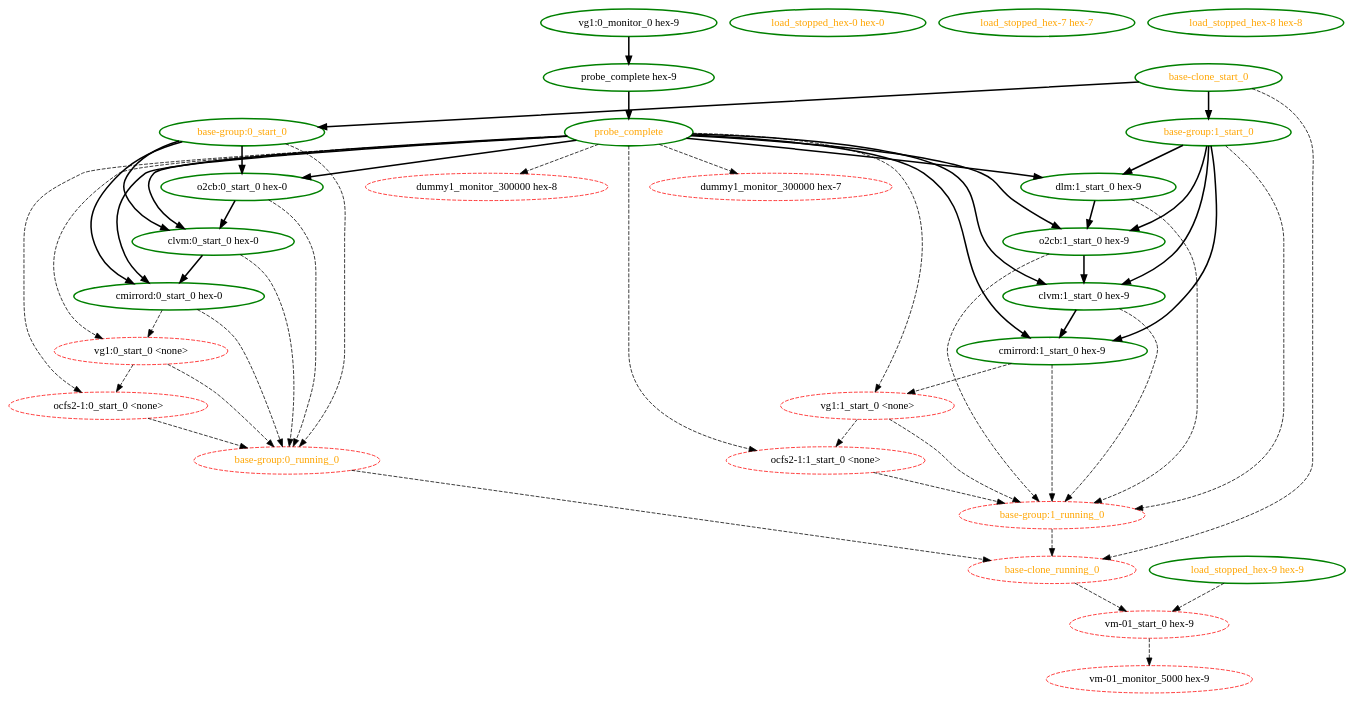
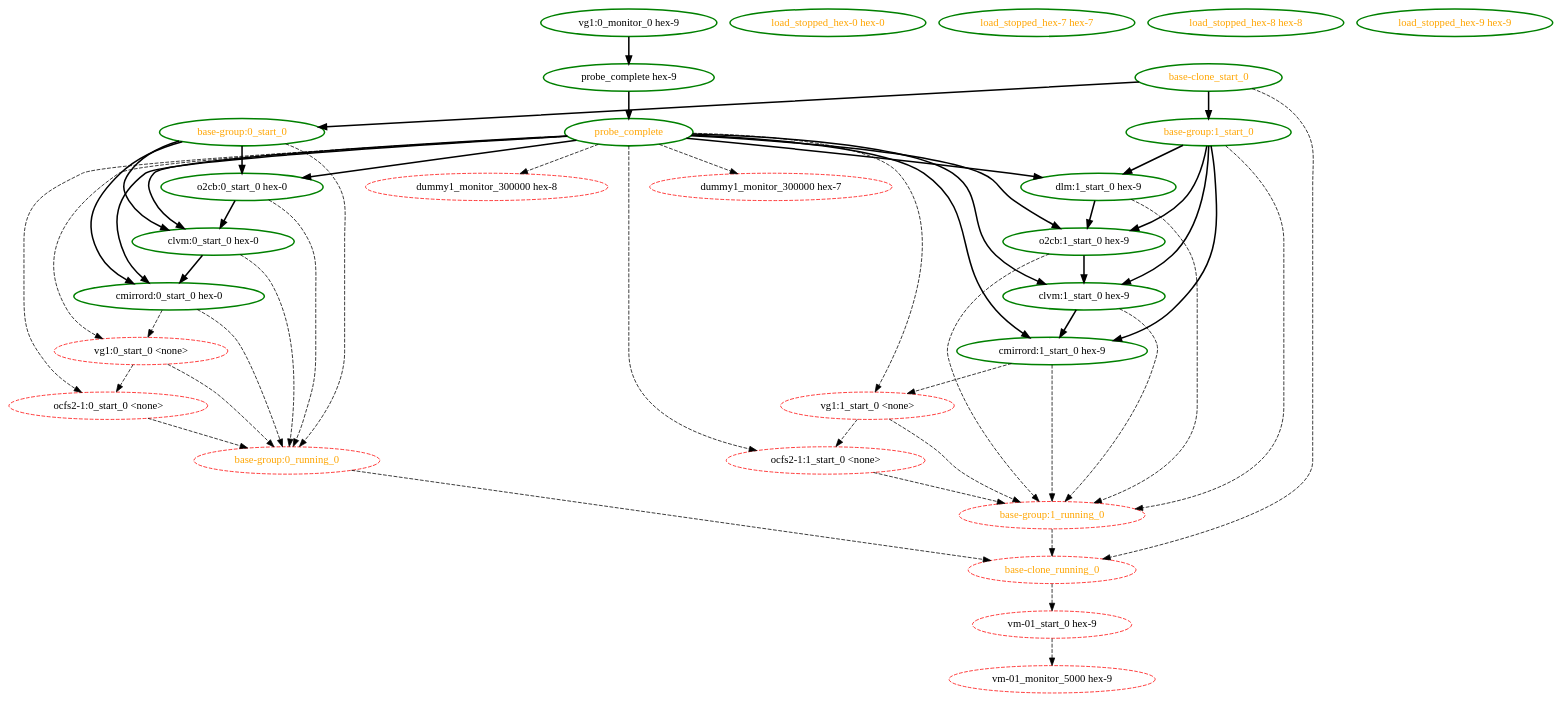
Before and after one commit to ClusterLabs/pacemaker: the diagram in pengine/test10/bug-suse-707150.dot, drawn with Graphviz. The commit also changed 5 other files, not shown here.

Commit message:
Low: PE: Implement LOAD_STOPPED filtering in a manner more consistent with the overall design

```diff
--- a/pengine/test10/bug-suse-707150.dot
+++ b/pengine/test10/bug-suse-707150.dot
@@ -1,82 +1,81 @@
 digraph "g" {
 "base-clone_running_0" -> "vm-01_start_0 hex-9" [ style = dashed]
 "base-clone_running_0" [ style=dashed color="red" fontcolor="orange"]
 "base-clone_start_0" -> "base-clone_running_0" [ style = dashed]
 "base-clone_start_0" -> "base-group:0_start_0" [ style = bold]
 "base-clone_start_0" -> "base-group:1_start_0" [ style = bold]
 "base-clone_start_0" [ style=bold color="green" fontcolor="orange"]
 "base-group:0_running_0" -> "base-clone_running_0" [ style = dashed]
 "base-group:0_running_0" [ style=dashed color="red" fontcolor="orange"]
 "base-group:0_start_0" -> "base-group:0_running_0" [ style = dashed]
 "base-group:0_start_0" -> "clvm:0_start_0 hex-0" [ style = bold]
 "base-group:0_start_0" -> "cmirrord:0_start_0 hex-0" [ style = bold]
 "base-group:0_start_0" -> "o2cb:0_start_0 hex-0" [ style = bold]
 "base-group:0_start_0" [ style=bold color="green" fontcolor="orange"]
 "base-group:1_running_0" -> "base-clone_running_0" [ style = dashed]
 "base-group:1_running_0" [ style=dashed color="red" fontcolor="orange"]
 "base-group:1_start_0" -> "base-group:1_running_0" [ style = dashed]
 "base-group:1_start_0" -> "clvm:1_start_0 hex-9" [ style = bold]
 "base-group:1_start_0" -> "cmirrord:1_start_0 hex-9" [ style = bold]
 "base-group:1_start_0" -> "dlm:1_start_0 hex-9" [ style = bold]
 "base-group:1_start_0" -> "o2cb:1_start_0 hex-9" [ style = bold]
 "base-group:1_start_0" [ style=bold color="green" fontcolor="orange"]
 "clvm:0_start_0 hex-0" -> "base-group:0_running_0" [ style = dashed]
 "clvm:0_start_0 hex-0" -> "cmirrord:0_start_0 hex-0" [ style = bold]
 "clvm:0_start_0 hex-0" [ style=bold color="green" fontcolor="black"]
 "clvm:1_start_0 hex-9" -> "base-group:1_running_0" [ style = dashed]
 "clvm:1_start_0 hex-9" -> "cmirrord:1_start_0 hex-9" [ style = bold]
 "clvm:1_start_0 hex-9" [ style=bold color="green" fontcolor="black"]
 "cmirrord:0_start_0 hex-0" -> "base-group:0_running_0" [ style = dashed]
 "cmirrord:0_start_0 hex-0" -> "vg1:0_start_0 <none>" [ style = dashed]
 "cmirrord:0_start_0 hex-0" [ style=bold color="green" fontcolor="black"]
 "cmirrord:1_start_0 hex-9" -> "base-group:1_running_0" [ style = dashed]
 "cmirrord:1_start_0 hex-9" -> "vg1:1_start_0 <none>" [ style = dashed]
 "cmirrord:1_start_0 hex-9" [ style=bold color="green" fontcolor="black"]
 "dlm:1_start_0 hex-9" -> "base-group:1_running_0" [ style = dashed]
 "dlm:1_start_0 hex-9" -> "o2cb:1_start_0 hex-9" [ style = bold]
 "dlm:1_start_0 hex-9" [ style=bold color="green" fontcolor="black"]
 "dummy1_monitor_300000 hex-7" [ style=dashed color="red" fontcolor="black"]
 "dummy1_monitor_300000 hex-8" [ style=dashed color="red" fontcolor="black"]
 "load_stopped_hex-0 hex-0" [ style=bold color="green" fontcolor="orange"]
 "load_stopped_hex-7 hex-7" [ style=bold color="green" fontcolor="orange"]
 "load_stopped_hex-8 hex-8" [ style=bold color="green" fontcolor="orange"]
-"load_stopped_hex-9 hex-9" -> "vm-01_start_0 hex-9" [ style = dashed]
 "load_stopped_hex-9 hex-9" [ style=bold color="green" fontcolor="orange"]
 "o2cb:0_start_0 hex-0" -> "base-group:0_running_0" [ style = dashed]
 "o2cb:0_start_0 hex-0" -> "clvm:0_start_0 hex-0" [ style = bold]
 "o2cb:0_start_0 hex-0" [ style=bold color="green" fontcolor="black"]
 "o2cb:1_start_0 hex-9" -> "base-group:1_running_0" [ style = dashed]
 "o2cb:1_start_0 hex-9" -> "clvm:1_start_0 hex-9" [ style = bold]
 "o2cb:1_start_0 hex-9" [ style=bold color="green" fontcolor="black"]
 "ocfs2-1:0_start_0 <none>" -> "base-group:0_running_0" [ style = dashed]
 "ocfs2-1:0_start_0 <none>" [ style=dashed color="red" fontcolor="black"]
 "ocfs2-1:1_start_0 <none>" -> "base-group:1_running_0" [ style = dashed]
 "ocfs2-1:1_start_0 <none>" [ style=dashed color="red" fontcolor="black"]
 "probe_complete hex-9" -> "probe_complete" [ style = bold]
 "probe_complete hex-9" [ style=bold color="green" fontcolor="black"]
 "probe_complete" -> "clvm:0_start_0 hex-0" [ style = bold]
 "probe_complete" -> "clvm:1_start_0 hex-9" [ style = bold]
 "probe_complete" -> "cmirrord:0_start_0 hex-0" [ style = bold]
 "probe_complete" -> "cmirrord:1_start_0 hex-9" [ style = bold]
 "probe_complete" -> "dlm:1_start_0 hex-9" [ style = bold]
 "probe_complete" -> "dummy1_monitor_300000 hex-7" [ style = dashed]
 "probe_complete" -> "dummy1_monitor_300000 hex-8" [ style = dashed]
 "probe_complete" -> "o2cb:0_start_0 hex-0" [ style = bold]
 "probe_complete" -> "o2cb:1_start_0 hex-9" [ style = bold]
 "probe_complete" -> "ocfs2-1:0_start_0 <none>" [ style = dashed]
 "probe_complete" -> "ocfs2-1:1_start_0 <none>" [ style = dashed]
 "probe_complete" -> "vg1:0_start_0 <none>" [ style = dashed]
 "probe_complete" -> "vg1:1_start_0 <none>" [ style = dashed]
 "probe_complete" [ style=bold color="green" fontcolor="orange"]
 "vg1:0_monitor_0 hex-9" -> "probe_complete hex-9" [ style = bold]
 "vg1:0_monitor_0 hex-9" [ style=bold color="green" fontcolor="black"]
 "vg1:0_start_0 <none>" -> "base-group:0_running_0" [ style = dashed]
 "vg1:0_start_0 <none>" -> "ocfs2-1:0_start_0 <none>" [ style = dashed]
 "vg1:0_start_0 <none>" [ style=dashed color="red" fontcolor="black"]
 "vg1:1_start_0 <none>" -> "base-group:1_running_0" [ style = dashed]
 "vg1:1_start_0 <none>" -> "ocfs2-1:1_start_0 <none>" [ style = dashed]
 "vg1:1_start_0 <none>" [ style=dashed color="red" fontcolor="black"]
 "vm-01_monitor_5000 hex-9" [ style=dashed color="red" fontcolor="black"]
 "vm-01_start_0 hex-9" -> "vm-01_monitor_5000 hex-9" [ style = dashed]
 "vm-01_start_0 hex-9" [ style=dashed color="red" fontcolor="black"]
 }
```
